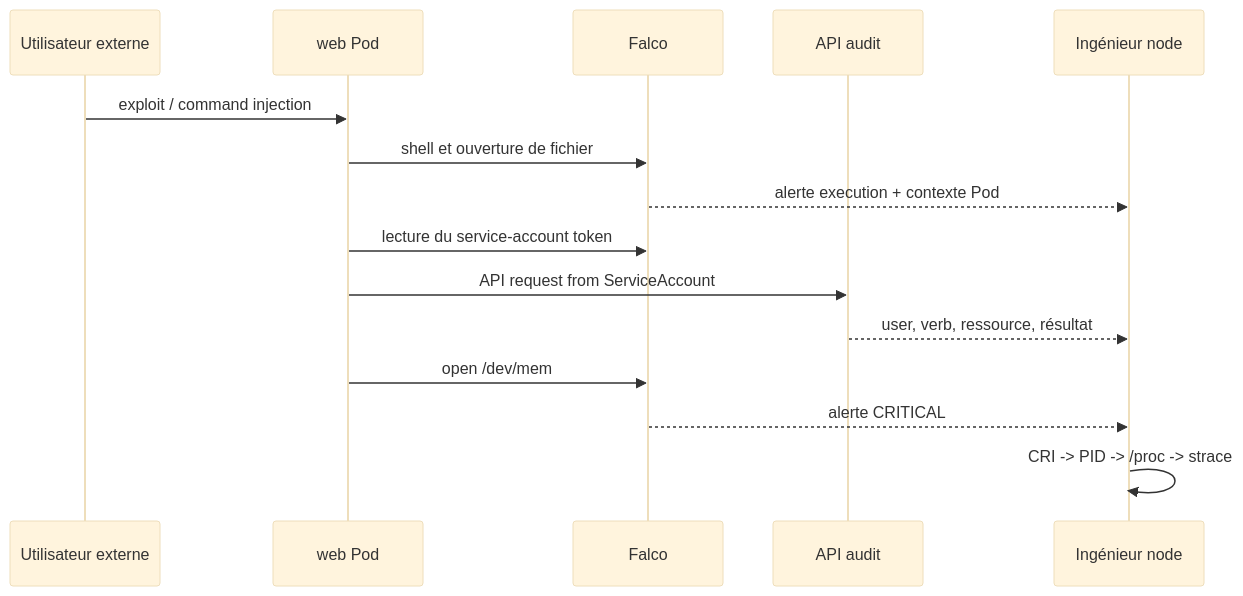
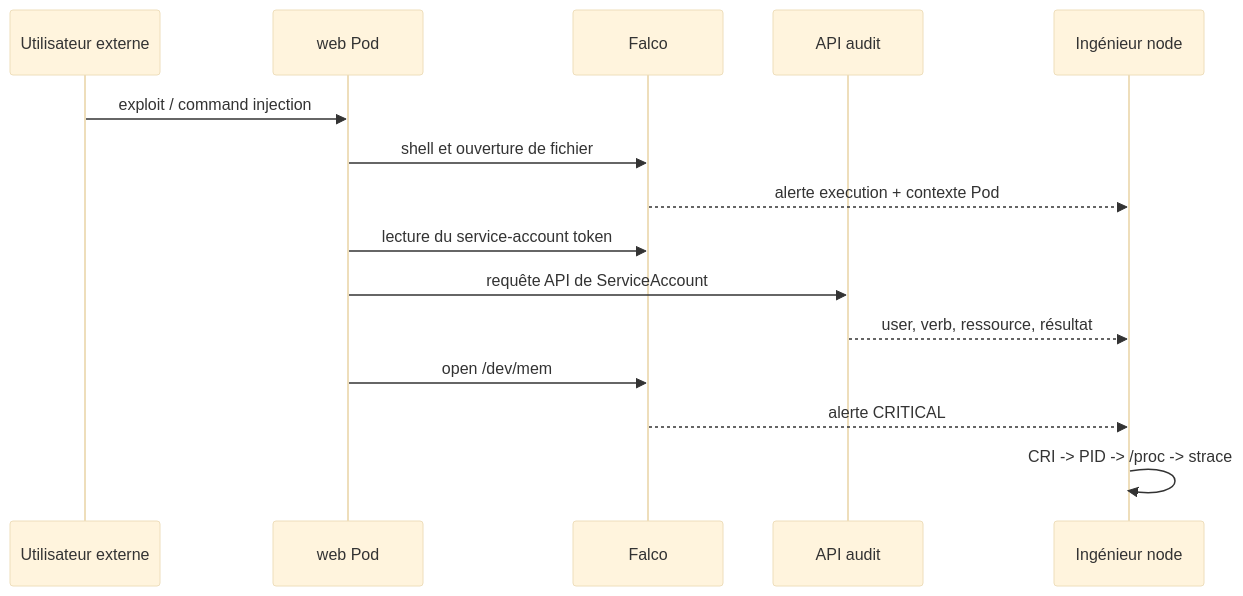
Before and after one commit to ViktorUJ/cks: the second of 3 diagrams in tasks/cks/course/30/fr.md, drawn with Mermaid (base theme). The commit also changed other lines of this file and 280 other files, not shown here.

````diff
--- a/tasks/cks/course/30/fr.md
+++ b/tasks/cks/course/30/fr.md
@@ -350,17 +350,17 @@
 ```mermaid
 sequenceDiagram
     participant U as Utilisateur externe
     participant A as web Pod
     participant F as Falco
     participant K as API audit
     participant N as Ingénieur node
     U->>A: exploit / command injection
     A->>F: shell et ouverture de fichier
     F-->>N: alerte execution + contexte Pod
     A->>F: lecture du service-account token
-    A->>K: API request from ServiceAccount
+    A->>K: requête API de ServiceAccount
     K-->>N: user, verb, ressource, résultat
     A->>F: open /dev/mem
     F-->>N: alerte CRITICAL
     N->>N: CRI -> PID -> /proc -> strace
 ```
````
